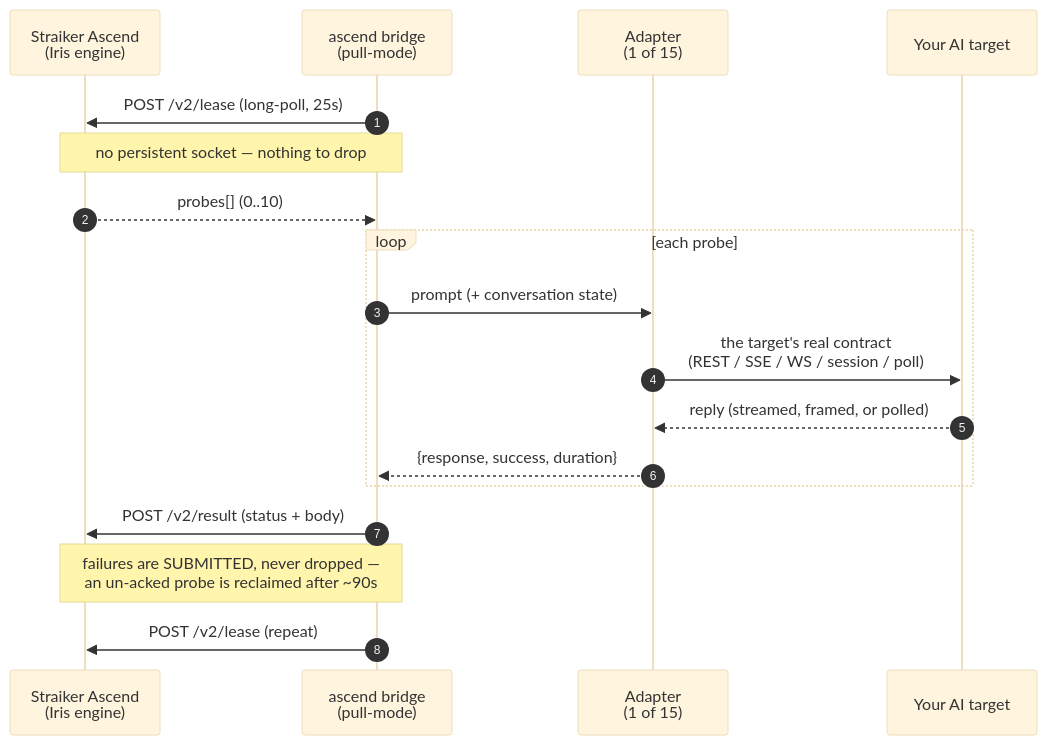
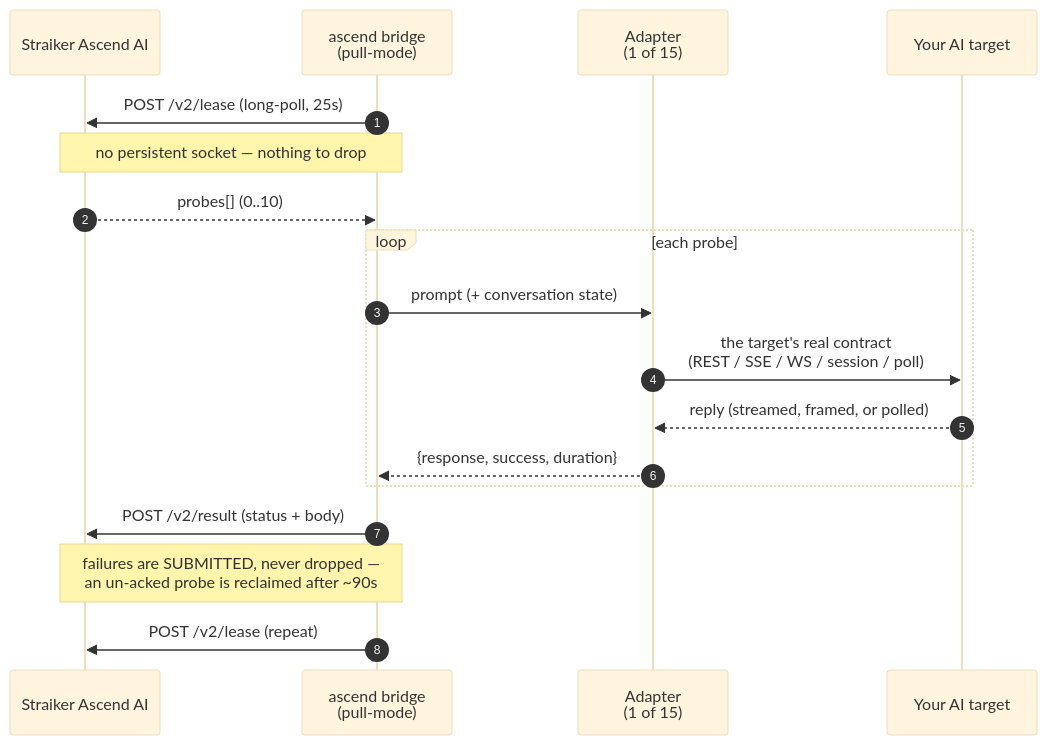
One commit to PhimmStraiker/ascend-cli changed the first of 4 diagrams in README.md. Above: the diagram before and after it, drawn with Mermaid (base theme). The commit also changed 28 other files, not shown here.

````diff
--- a/README.md
+++ b/README.md
@@ -71,21 +71,21 @@
 ```mermaid
 sequenceDiagram
     autonumber
-    participant I as Straiker Ascend<br/>(Iris engine)
+    participant I as Straiker Ascend AI
     participant B as ascend bridge<br/>(pull-mode)
     participant A as Adapter<br/>(1 of 15)
     participant T as Your AI target
 
     B->>I: POST /v2/lease  (long-poll, 25s)
     Note over B,I: no persistent socket — nothing to drop
     I-->>B: probes[] (0..10)
     loop each probe
         B->>A: prompt (+ conversation state)
         A->>T: the target's real contract<br/>(REST / SSE / WS / session / poll)
         T-->>A: reply (streamed, framed, or polled)
         A-->>B: {response, success, duration}
     end
     B->>I: POST /v2/result  (status + body)
     Note over B,I: failures are SUBMITTED, never dropped —<br/>an un-acked probe is reclaimed after ~90s
     B->>I: POST /v2/lease  (repeat)
 ```
````
